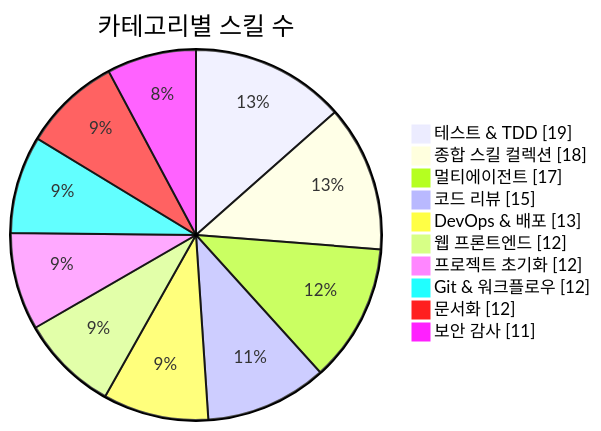
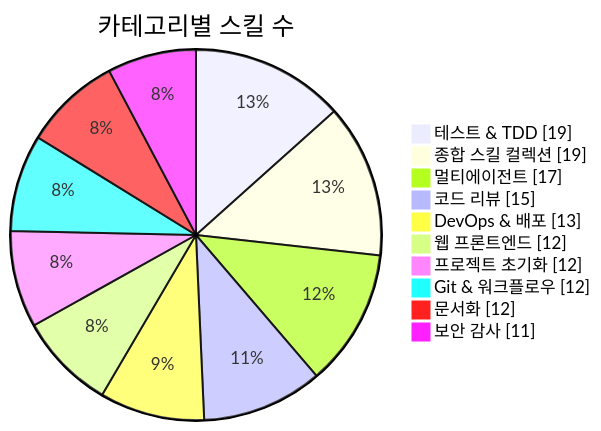
The first of 3 diagrams in README.md (J-nowcow/awesome-korean-agent-skills), drawn with Mermaid before and after one commit. The commit also changed other lines of this file and 3 other files, not shown here.

````diff
--- a/README.md
+++ b/README.md
@@ -176,14 +176,14 @@
 ```mermaid
 pie showData
     title 카테고리별 스킬 수
     "테스트 & TDD" : 19
-    "종합 스킬 컬렉션" : 18
+    "종합 스킬 컬렉션" : 19
     "멀티에이전트" : 17
     "코드 리뷰" : 15
     "DevOps & 배포" : 13
     "웹 프론트엔드" : 12
     "프로젝트 초기화" : 12
     "Git & 워크플로우" : 12
     "문서화" : 12
     "보안 감사" : 11
 ```
````
